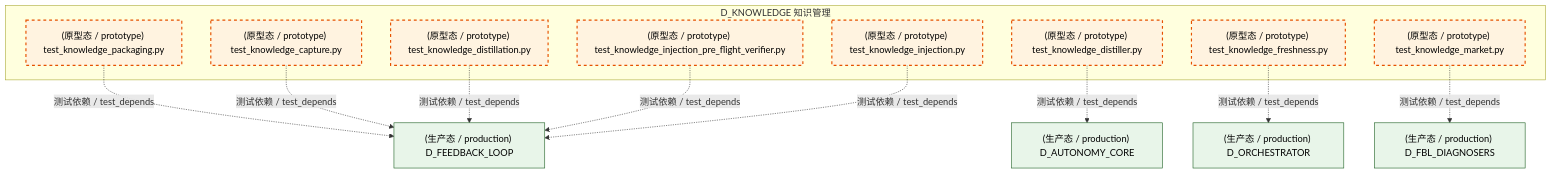
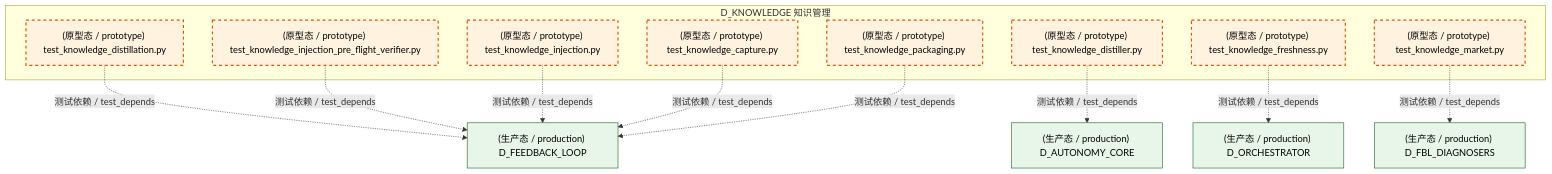
One commit to xuanFelixVan/ZephyrAlpha changed the second of 5 diagrams in docs/02_enterprise_architecture/02_domain_architecture_docs/48_d_knowledge.md. Above: the diagram before and after it, drawn with Mermaid. The commit also changed other lines of this file and 126 other files, not shown here.

````diff
--- a/docs/02_enterprise_architecture/02_domain_architecture_docs/48_d_knowledge.md
+++ b/docs/02_enterprise_architecture/02_domain_architecture_docs/48_d_knowledge.md
@@ -175,31 +174,31 @@
 ```mermaid
 graph TD
     subgraph D_KNOWLEDGE["D_KNOWLEDGE 知识管理"]
         tests_knowledge_engine_test_knowledge_capture_py["(原型态 / prototype) test_knowledge_capture.py"]
         tests_knowledge_engine_test_knowledge_distillation_py["(原型态 / prototype) test_knowledge_distillation.py"]
         tests_knowledge_engine_test_knowledge_distiller_py["(原型态 / prototype) test_knowledge_distiller.py"]
         tests_knowledge_engine_test_knowledge_freshness_py["(原型态 / prototype) test_knowledge_freshness.py"]
         tests_knowledge_engine_test_knowledge_injection_py["(原型态 / prototype) test_knowledge_injection.py"]
         tests_knowledge_engine_test_knowledge_injection_pre_flight_verifier_py["(原型态 / prototype) test_knowledge_injection_pre_flight_verifier.py"]
         tests_knowledge_engine_test_knowledge_market_py["(原型态 / prototype) test_knowledge_market.py"]
         tests_knowledge_engine_test_knowledge_packaging_py["(原型态 / prototype) test_knowledge_packaging.py"]
     end
     D_FEEDBACK_LOOP["(生产态 / production) D_FEEDBACK_LOOP"]
-    tests_knowledge_engine_test_knowledge_packaging_py -.->|测试依赖 / test_depends| D_FEEDBACK_LOOP
-    tests_knowledge_engine_test_knowledge_capture_py -.->|测试依赖 / test_depends| D_FEEDBACK_LOOP
     tests_knowledge_engine_test_knowledge_distillation_py -.->|测试依赖 / test_depends| D_FEEDBACK_LOOP
     D_ORCHESTRATOR["(生产态 / production) D_ORCHESTRATOR"]
     tests_knowledge_engine_test_knowledge_freshness_py -.->|测试依赖 / test_depends| D_ORCHESTRATOR
+    D_FBL_DIAGNOSERS["(生产态 / production) D_FBL_DIAGNOSERS"]
+    tests_knowledge_engine_test_knowledge_market_py -.->|测试依赖 / test_depends| D_FBL_DIAGNOSERS
     tests_knowledge_engine_test_knowledge_injection_pre_flight_verifier_py -.->|测试依赖 / test_depends| D_FEEDBACK_LOOP
     tests_knowledge_engine_test_knowledge_injection_py -.->|测试依赖 / test_depends| D_FEEDBACK_LOOP
-    D_FBL_DIAGNOSERS["(生产态 / production) D_FBL_DIAGNOSERS"]
-    tests_knowledge_engine_test_knowledge_market_py -.->|测试依赖 / test_depends| D_FBL_DIAGNOSERS
+    tests_knowledge_engine_test_knowledge_capture_py -.->|测试依赖 / test_depends| D_FEEDBACK_LOOP
+    tests_knowledge_engine_test_knowledge_packaging_py -.->|测试依赖 / test_depends| D_FEEDBACK_LOOP
     D_AUTONOMY_CORE["(生产态 / production) D_AUTONOMY_CORE"]
     tests_knowledge_engine_test_knowledge_distiller_py -.->|测试依赖 / test_depends| D_AUTONOMY_CORE
     classDef production fill:#e1f5fe,stroke:#01579b,stroke-width:2px,color:#000
     classDef design fill:#fff3e0,stroke:#e65100,stroke-width:2px,color:#000,stroke-dasharray: 5 5
     classDef external_prod fill:#e8f5e9,stroke:#1b5e20,stroke-width:1px,color:#000
     classDef external_design fill:#fce4ec,stroke:#880e4f,stroke-width:1px,color:#000,stroke-dasharray: 5 5
     class tests_knowledge_engine_test_knowledge_capture_py,tests_knowledge_engine_test_knowledge_distillation_py,tests_knowledge_engine_test_knowledge_distiller_py,tests_knowledge_engine_test_knowledge_freshness_py,tests_knowledge_engine_test_knowledge_injection_py,tests_knowledge_engine_test_knowledge_injection_pre_flight_verifier_py,tests_knowledge_engine_test_knowledge_market_py,tests_knowledge_engine_test_knowledge_packaging_py design
     class D_FEEDBACK_LOOP,D_ORCHESTRATOR,D_FBL_DIAGNOSERS,D_AUTONOMY_CORE external_prod
 ```
````
